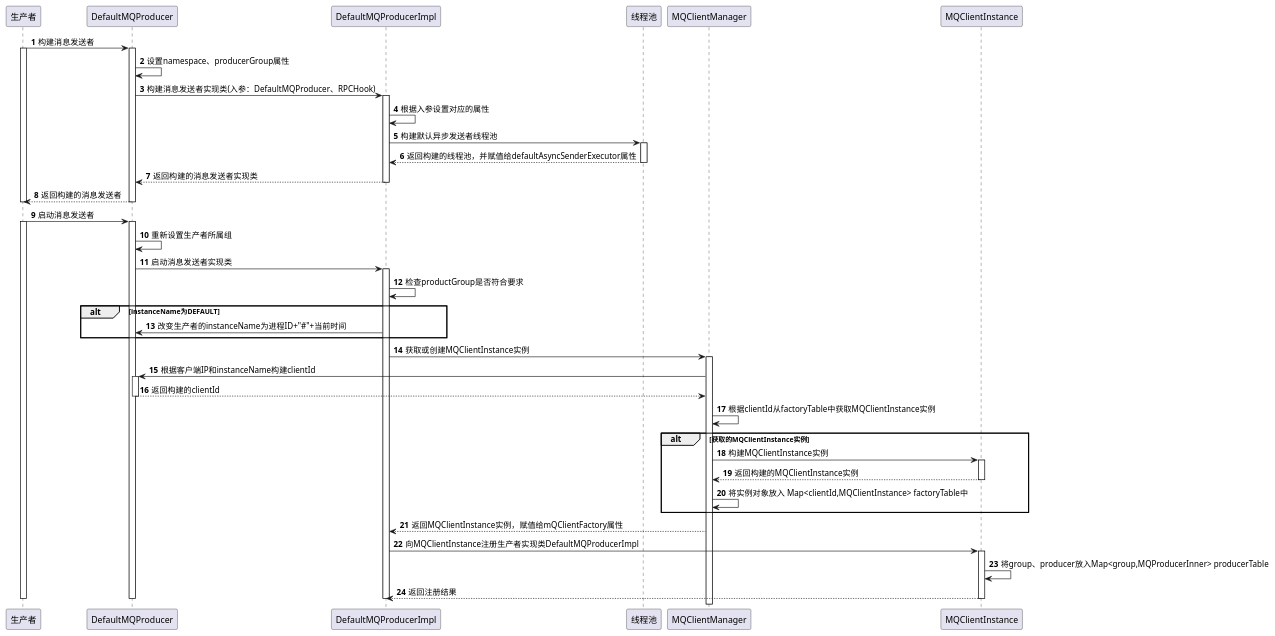
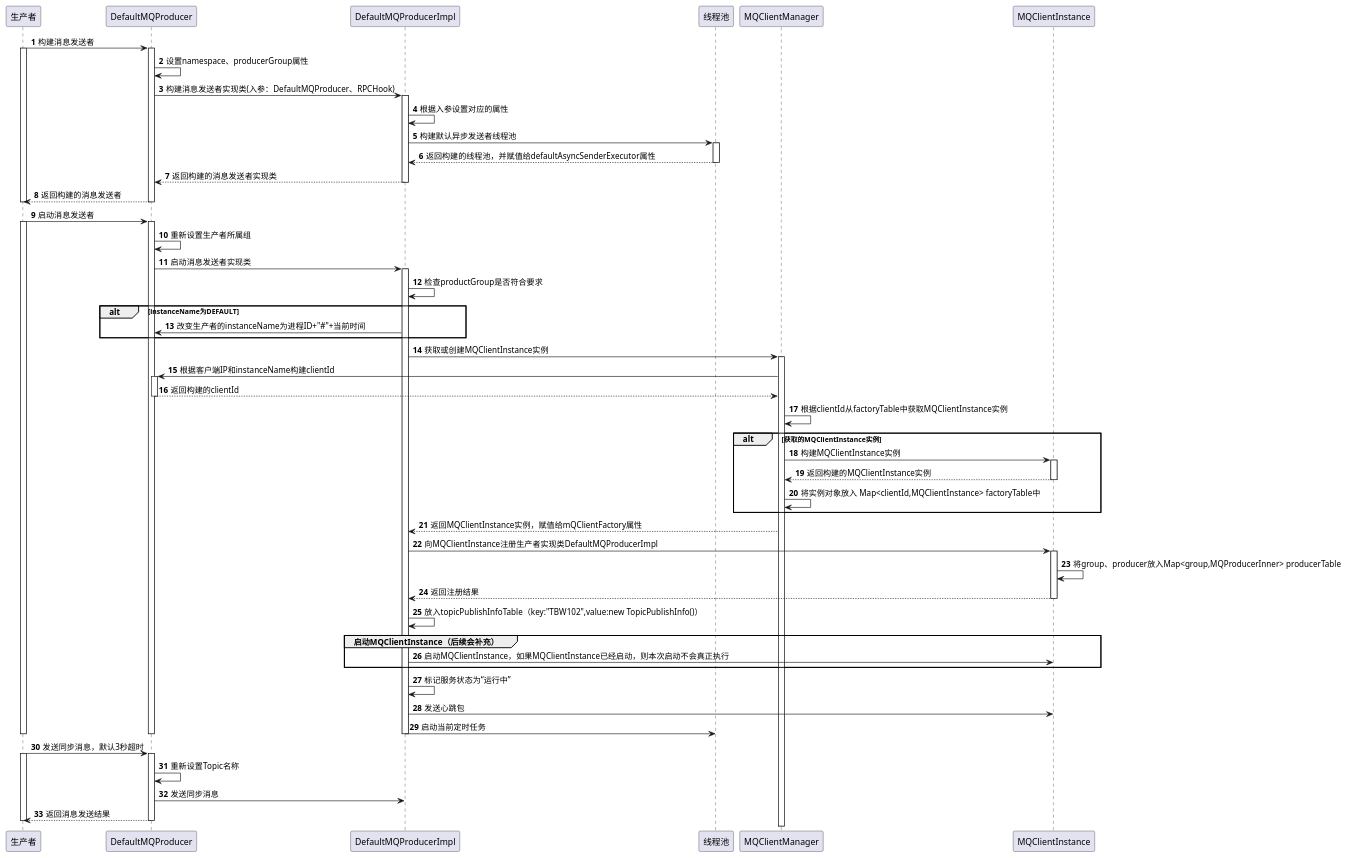
One commit to xiyouypf/rocketmq changed the diagram in graph/生产者启动.puml. Above: the diagram before and after it, drawn with PlantUML. The commit also changed 22 other files, not shown here.

```diff
--- a/graph/生产者启动.puml
+++ b/graph/生产者启动.puml
@@ -1,69 +1,86 @@
 @startuml
 'https://plantuml.com/sequence-diagram
 
 autonumber
 participant 生产者 as Producer
 participant DefaultMQProducer as DefaultMQProducer
 participant DefaultMQProducerImpl as DefaultMQProducerImpl
 participant 线程池 as ThreadPoolExecutor
 participant MQClientManager as MQClientManager
 participant MQClientInstance as MQClientInstance
 
 
 Producer->DefaultMQProducer: 构建消息发送者
 activate Producer
 activate DefaultMQProducer
 DefaultMQProducer->DefaultMQProducer: 设置namespace、producerGroup属性
 DefaultMQProducer->DefaultMQProducerImpl: 构建消息发送者实现类(入参：DefaultMQProducer、RPCHook)
 activate DefaultMQProducerImpl
 DefaultMQProducerImpl->DefaultMQProducerImpl: 根据入参设置对应的属性
 DefaultMQProducerImpl->ThreadPoolExecutor: 构建默认异步发送者线程池
 activate ThreadPoolExecutor
 ThreadPoolExecutor-->DefaultMQProducerImpl: 返回构建的线程池，并赋值给defaultAsyncSenderExecutor属性
 deactivate ThreadPoolExecutor
 DefaultMQProducerImpl-->DefaultMQProducer: 返回构建的消息发送者实现类
 deactivate DefaultMQProducerImpl
 DefaultMQProducer-->Producer: 返回构建的消息发送者
 deactivate DefaultMQProducer
 deactivate Producer
 
 
 
 
 
 Producer->DefaultMQProducer: 启动消息发送者
 activate Producer
 activate DefaultMQProducer
 DefaultMQProducer->DefaultMQProducer: 重新设置生产者所属组
 DefaultMQProducer->DefaultMQProducerImpl: 启动消息发送者实现类
 activate DefaultMQProducerImpl
 DefaultMQProducerImpl->DefaultMQProducerImpl: 检查productGroup是否符合要求
 alt instanceName为DEFAULT
     DefaultMQProducerImpl->DefaultMQProducer: 改变生产者的instanceName为进程ID+"#"+当前时间
 end
 DefaultMQProducerImpl->MQClientManager: 获取或创建MQClientInstance实例
 activate MQClientManager
 MQClientManager->DefaultMQProducer: 根据客户端IP和instanceName构建clientId
 activate DefaultMQProducer
 DefaultMQProducer-->MQClientManager: 返回构建的clientId
 deactivate DefaultMQProducer
 MQClientManager->MQClientManager: 根据clientId从factoryTable中获取MQClientInstance实例
 alt 获取的MQClientInstance实例
     MQClientManager->MQClientInstance: 构建MQClientInstance实例
     activate MQClientInstance
     MQClientInstance-->MQClientManager: 返回构建的MQClientInstance实例
     deactivate MQClientInstance
     MQClientManager->MQClientManager: 将实例对象放入 Map<clientId,MQClientInstance> factoryTable中
 end
 MQClientManager-->DefaultMQProducerImpl: 返回MQClientInstance实例，赋值给mQClientFactory属性
 DefaultMQProducerImpl->MQClientInstance: 向MQClientInstance注册生产者实现类DefaultMQProducerImpl
 activate MQClientInstance
 MQClientInstance->MQClientInstance: 将group、producer放入Map<group,MQProducerInner> producerTable
 MQClientInstance-->DefaultMQProducerImpl: 返回注册结果
 deactivate MQClientInstance
-
-
+DefaultMQProducerImpl->DefaultMQProducerImpl: 放入topicPublishInfoTable（key:"TBW102",value:new TopicPublishInfo()）
+group 启动MQClientInstance（后续会补充）
+    DefaultMQProducerImpl->MQClientInstance: 启动MQClientInstance，如果MQClientInstance已经启动，则本次启动不会真正执行
+end
+DefaultMQProducerImpl->DefaultMQProducerImpl: 标记服务状态为“运行中”
+DefaultMQProducerImpl->MQClientInstance: 发送心跳包
+DefaultMQProducerImpl->ThreadPoolExecutor: 启动当前定时任务
 deactivate DefaultMQProducerImpl
 deactivate DefaultMQProducer
 deactivate Producer
+
+
+Producer->DefaultMQProducer: 发送同步消息，默认3秒超时
+activate Producer
+activate DefaultMQProducer
+
+DefaultMQProducer->DefaultMQProducer: 重新设置Topic名称
+DefaultMQProducer->DefaultMQProducerImpl: 发送同步消息
+
+DefaultMQProducer-->Producer: 返回消息发送结果
+deactivate DefaultMQProducer
+deactivate Producer
 @enduml
```
